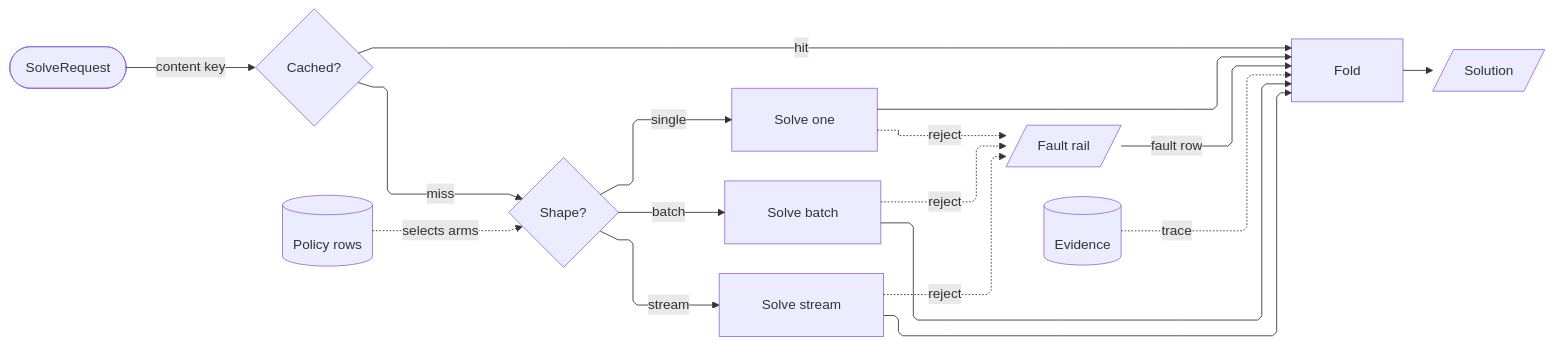
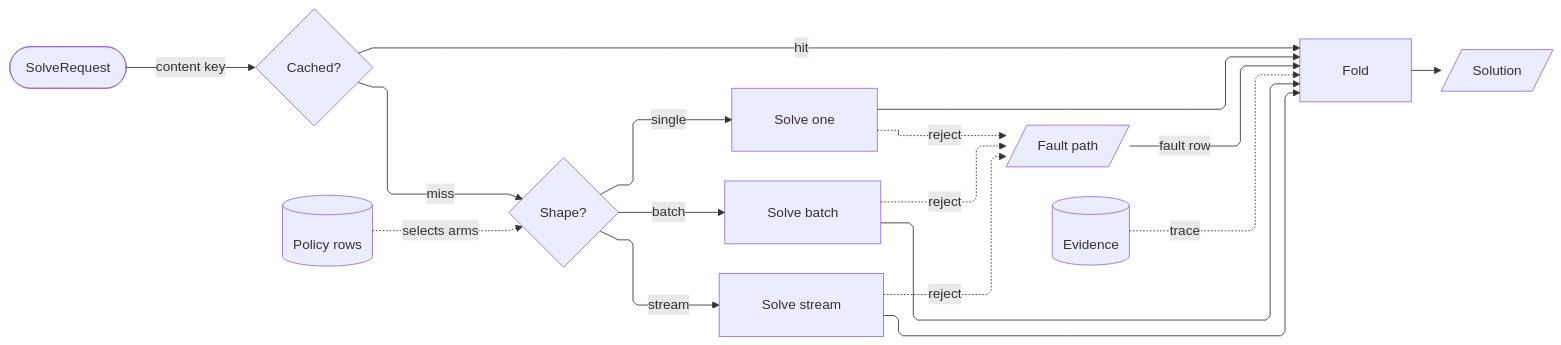
Before and after one commit to bsamiee/Rasm: the diagram in .claude/skills/mermaid-diagramming/templates/logic-flow.mmd.md, drawn with Mermaid. The commit also changed other lines of this file and 1997 other files, not shown here.

````diff
--- a/.claude/skills/mermaid-diagramming/templates/logic-flow.mmd.md
+++ b/.claude/skills/mermaid-diagramming/templates/logic-flow.mmd.md
@@ -5,28 +5,28 @@
 ```mermaid
 ---
 config:
   layout: elk
   flowchart:
     curve: linear
     padding: 25
 ---
 flowchart LR
     accTitle: Solve dispatch and fold
-    accDescr: One compute entry discriminating input shape into three policy-selected arms behind an animated content-key cache short-circuit, arm rejects converging on one red fault rail that rejoins the fold, and a dotted evidence trace feeding the single solution.
+    accDescr: One compute entry discriminating input shape into three policy-selected arms behind an animated content-key cache short-circuit, arm rejects converging on one red fault path that rejoins the fold, and a dotted evidence trace feeding the single solution.
     In([SolveRequest]) -->|"content key"| Hit{Cached?}
     Hit e1@-->|"hit"| Fold
     Hit -->|"miss"| Shape{Shape?}
     Policy[(Policy rows)] e2@-.->|"selects arms"| Shape
     Shape -->|"single"| ArmA[Solve one]
     Shape -->|"batch"| ArmB[Solve batch]
     Shape -->|"stream"| ArmC[Solve stream]
     ArmA --> Fold[Fold]
     ArmB --> Fold
     ArmC --> Fold
-    ArmA e3@-.->|"reject"| Fault[/Fault rail/]
+    ArmA e3@-.->|"reject"| Fault[/Fault path/]
     ArmB e4@-.->|"reject"| Fault
     ArmC e5@-.->|"reject"| Fault
     Fault e6@-->|"fault row"| Fold
     Fold e7@--> Out[/Solution/]
     Evidence[(Evidence)] e8@-.->|"trace"| Fold
 ```
````
